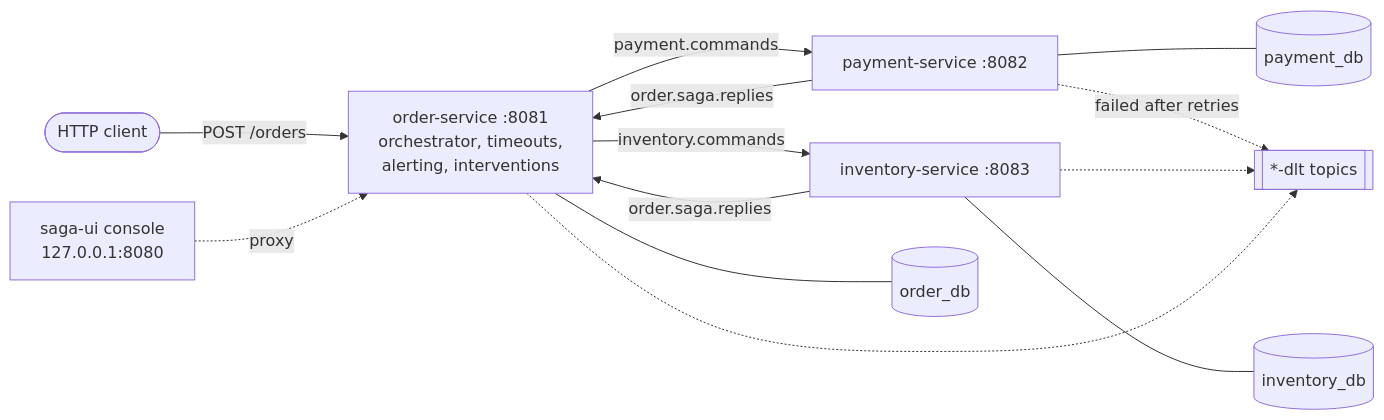
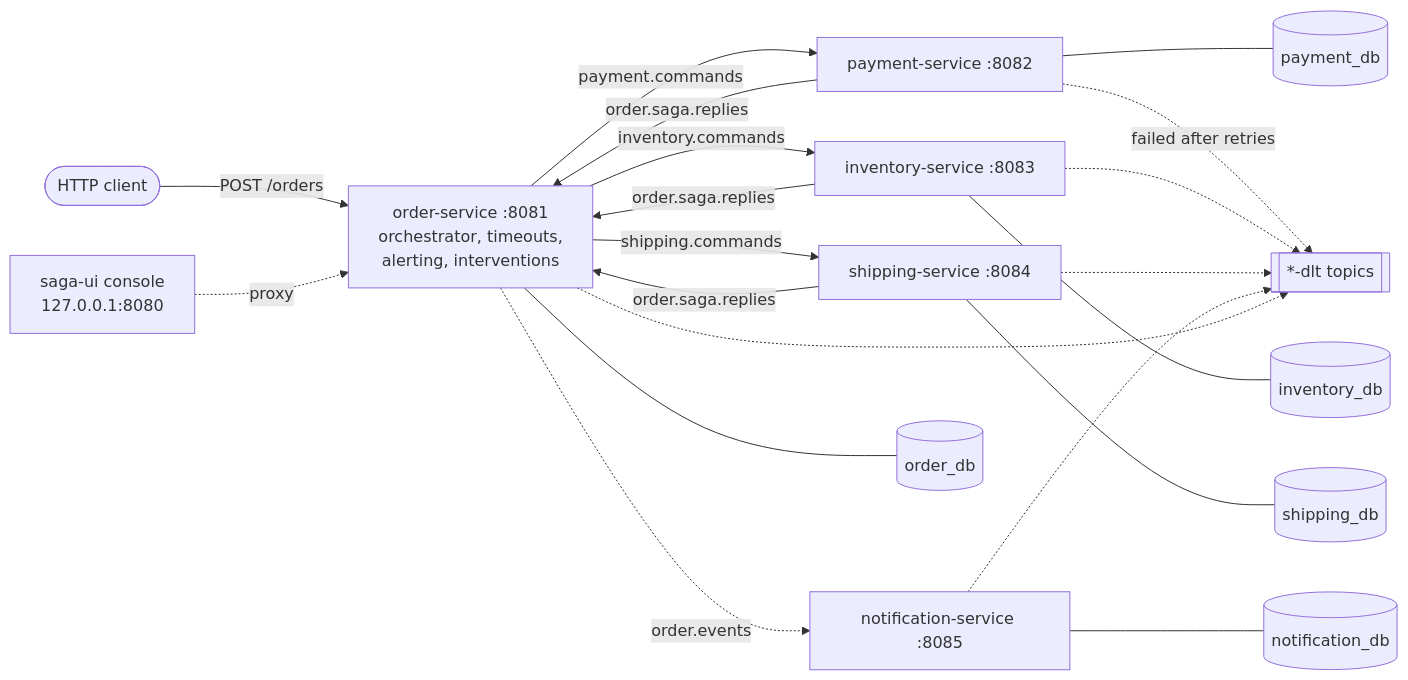
The first of 4 diagrams in docs/ARCHITECTURE.md (srikanthkaushik/saga), drawn with Mermaid before and after one commit. The commit also changed other lines of this file and 8 other files, not shown here.

First line of the commit message:
Docs: shipping and notification services, pivot and reverse-order compensation, choreography

````diff
--- a/docs/ARCHITECTURE.md
+++ b/docs/ARCHITECTURE.md
@@ -45,22 +60,31 @@
 ```mermaid
 flowchart LR
     client([HTTP client]) -->|POST /orders| order
     ui["saga-ui console<br/>127.0.0.1:8080"] -.->|proxy| order
 
     order["order-service :8081<br/>orchestrator, timeouts,<br/>alerting, interventions"]
     payment["payment-service :8082"]
     inventory["inventory-service :8083"]
+    shipping["shipping-service :8084"]
+    notification["notification-service :8085"]
 
     order -->|payment.commands| payment
     order -->|inventory.commands| inventory
+    order -->|shipping.commands| shipping
     payment -->|order.saga.replies| order
     inventory -->|order.saga.replies| order
+    shipping -->|order.saga.replies| order
+    order -.->|order.events| notification
 
     order --- odb[(order_db)]
     payment --- pdb[(payment_db)]
     inventory --- idb[(inventory_db)]
+    shipping --- sdb[(shipping_db)]
+    notification --- ndb[(notification_db)]
 
     payment -.->|failed after retries| dlt[["*-dlt topics"]]
     inventory -.-> dlt
+    shipping -.-> dlt
+    notification -.-> dlt
     order -.-> dlt
 ```
````
